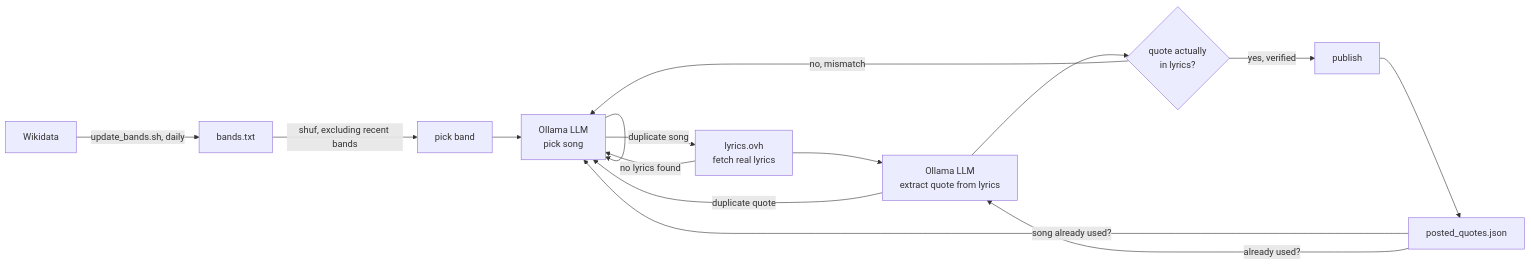
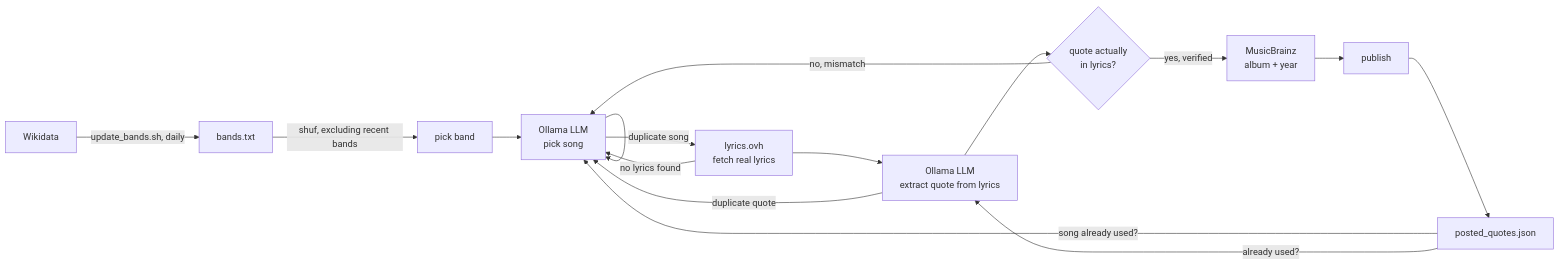
The diagram in README.md (schmidt-software/song-quote-bot), drawn with Mermaid before and after one commit. The commit also changed other lines of this file and 3 other files, not shown here.

First line of the commit message:
Show album, year, country and genre in the posts (#19)

````diff
--- a/README.md
+++ b/README.md
@@ -19,17 +20,18 @@
 ```mermaid
 flowchart LR
     W[Wikidata] -->|update_bands.sh, daily| A[bands.txt]
     A -->|shuf, excluding recent bands| B[pick band]
     B --> C[Ollama LLM<br/>pick song]
     D[posted_quotes.json] -->|song already used?| C
     C -->|duplicate song| C
     C --> L[lyrics.ovh<br/>fetch real lyrics]
     L -->|no lyrics found| C
     L --> Q[Ollama LLM<br/>extract quote from lyrics]
     Q -->|duplicate quote| C
     Q --> V{quote actually<br/>in lyrics?}
     V -->|no, mismatch| C
-    V -->|yes, verified| E[publish]
+    V -->|yes, verified| M[MusicBrainz<br/>album + year]
+    M --> E[publish]
     D -->|already used?| Q
     E --> D
 ```
````
